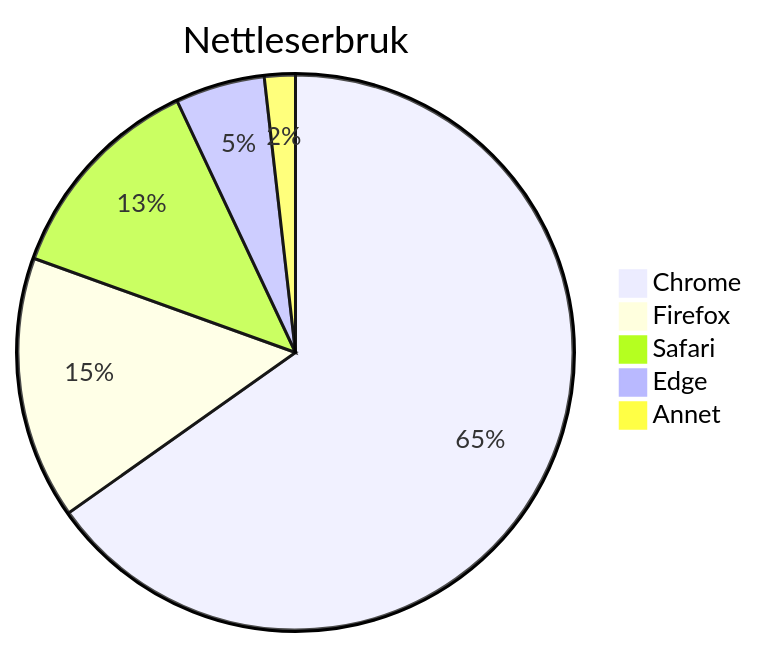
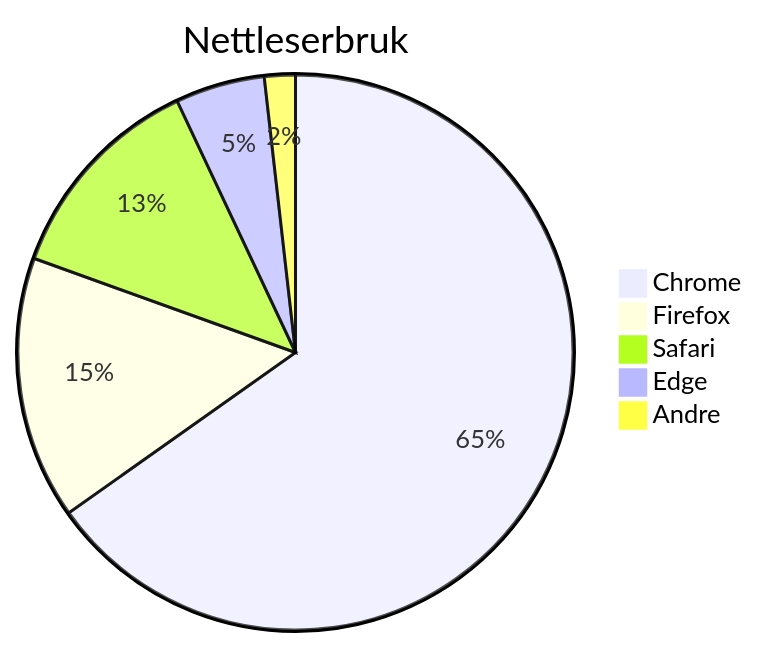
The sixth of 7 diagrams in .czon/src/no-NO/8938d6aac9c056c06137a041b8e82379bfb619bb6d435b9ecec515337dd0cd69.md (zccz14/CZON), drawn with Mermaid before and after one commit. The commit also changed other lines of this file and 148 other files, not shown here.

````diff
--- a/.czon/src/no-NO/8938d6aac9c056c06137a041b8e82379bfb619bb6d435b9ecec515337dd0cd69.md
+++ b/.czon/src/no-NO/8938d6aac9c056c06137a041b8e82379bfb619bb6d435b9ecec515337dd0cd69.md
@@ -103,8 +102,8 @@
 ```mermaid
 pie title Nettleserbruk
     "Chrome" : 65.2
     "Firefox" : 15.3
     "Safari" : 12.5
     "Edge" : 5.2
-    "Annet" : 1.8
+    "Andre" : 1.8
 ```
````
